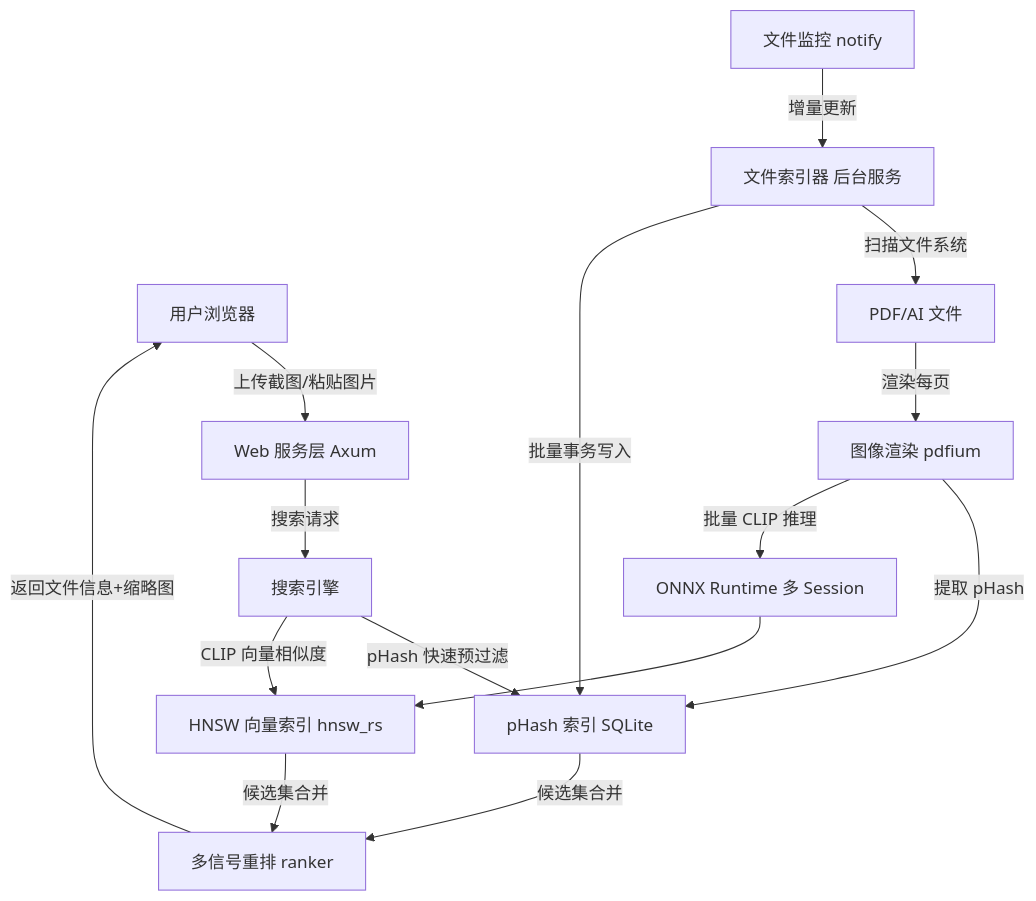
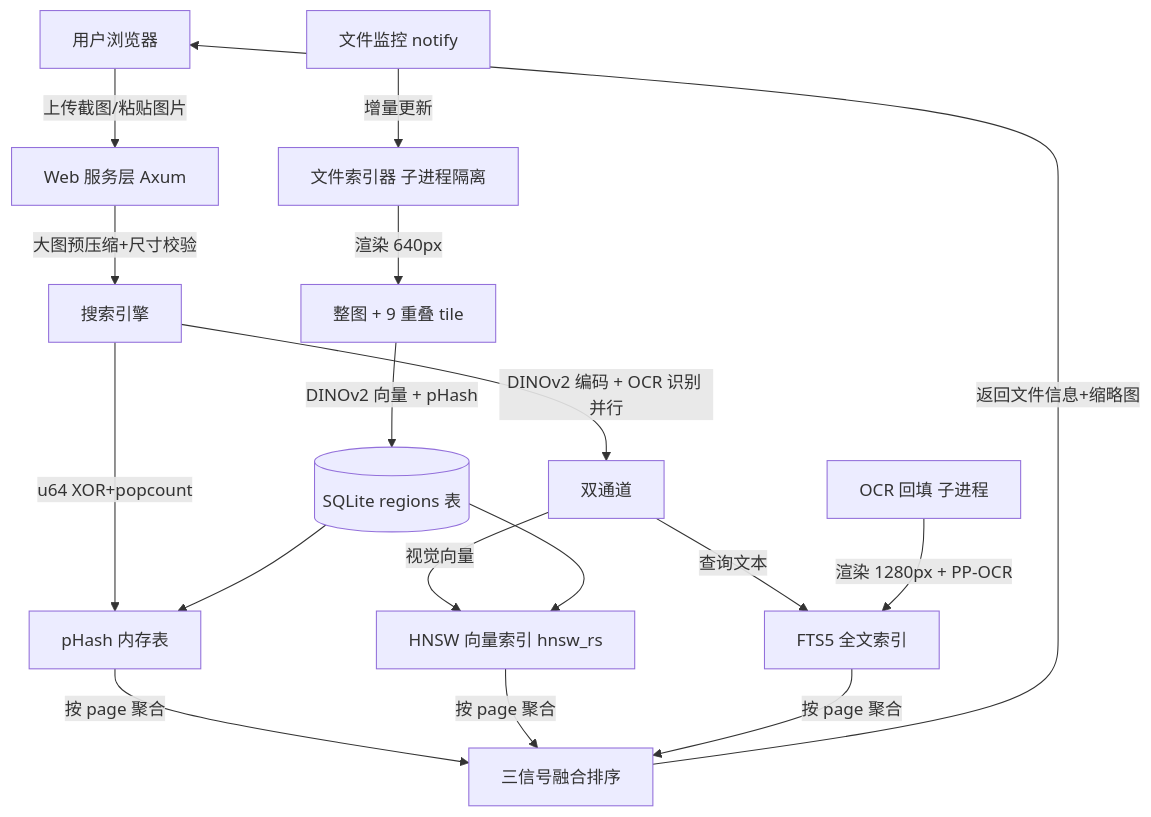
The diagram in README.md (ChengYan-3721/oxide_seeker), drawn with Mermaid before and after one commit. The commit also changed other lines of this file and 39 other files, not shown here.

Commit message:
重构使用 DINOv2 视觉向量 + OCR 文本双通道模型

````diff
--- a/README.md
+++ b/README.md
@@ -103,18 +119,19 @@
 ```mermaid
 graph TD
     A[用户浏览器] -->|上传截图/粘贴图片| B[Web 服务层 Axum]
-    B -->|搜索请求| C[搜索引擎]
-    C -->|pHash 快速预过滤| D[pHash 索引 SQLite]
-    C -->|CLIP 向量相似度| E[HNSW 向量索引 hnsw_rs]
-    D & E -->|候选集合并| F[多信号重排 ranker]
+    B -->|大图预压缩+尺寸校验| C[搜索引擎]
+    C -->|DINOv2 编码 + OCR 识别 并行| C1[双通道]
+    C1 -->|视觉向量| E[HNSW 向量索引 hnsw_rs]
+    C1 -->|查询文本| G[FTS5 全文索引]
+    C -->|u64 XOR+popcount| D[pHash 内存表]
+    D & E & G -->|按 page 聚合| F[三信号融合排序]
     F -->|返回文件信息+缩略图| A
 
-    G[文件索引器 后台服务] -->|扫描文件系统| H[PDF/AI 文件]
-    H -->|渲染每页| I[图像渲染 pdfium]
-    I -->|提取 pHash| D
-    I -->|批量 CLIP 推理| J[ONNX Runtime 多 Session]
-    J --> E
-    G -->|批量事务写入| D
+    I[文件索引器 子进程隔离] -->|渲染 640px| J[整图 + 9 重叠 tile]
+    J -->|DINOv2 向量 + pHash| S[(SQLite regions 表)]
+    S --> E
+    S --> D
+    K[OCR 回填 子进程] -->|渲染 1280px + PP-OCR| G
 
-    K[文件监控 notify] -->|增量更新| G
+    W[文件监控 notify] -->|增量更新| I
 ```
````
